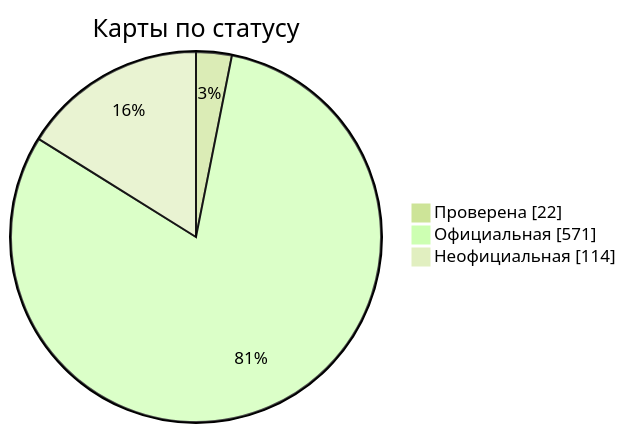
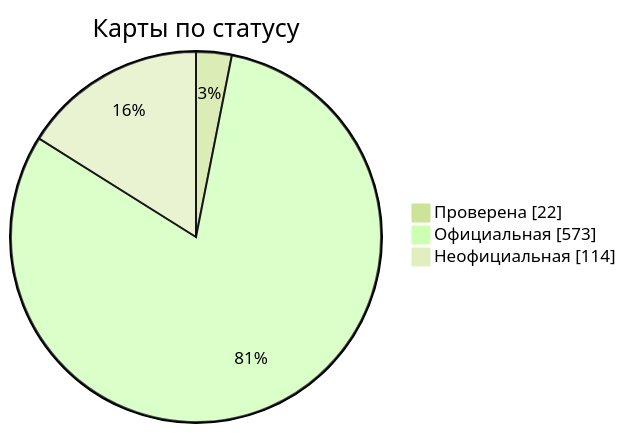
Before and after one commit to nobrega8/mbmap-library: the diagram in docs/readme/README_RU.md, drawn with Mermaid (forest theme). The commit also changed 7 other files, not shown here.

````diff
--- a/docs/readme/README_RU.md
+++ b/docs/readme/README_RU.md
@@ -54,7 +54,7 @@
 ```mermaid
 pie showData
     title Карты по статусу
     "Проверена" : 22
-    "Официальная" : 571
+    "Официальная" : 573
     "Неофициальная" : 114
 ```
````
